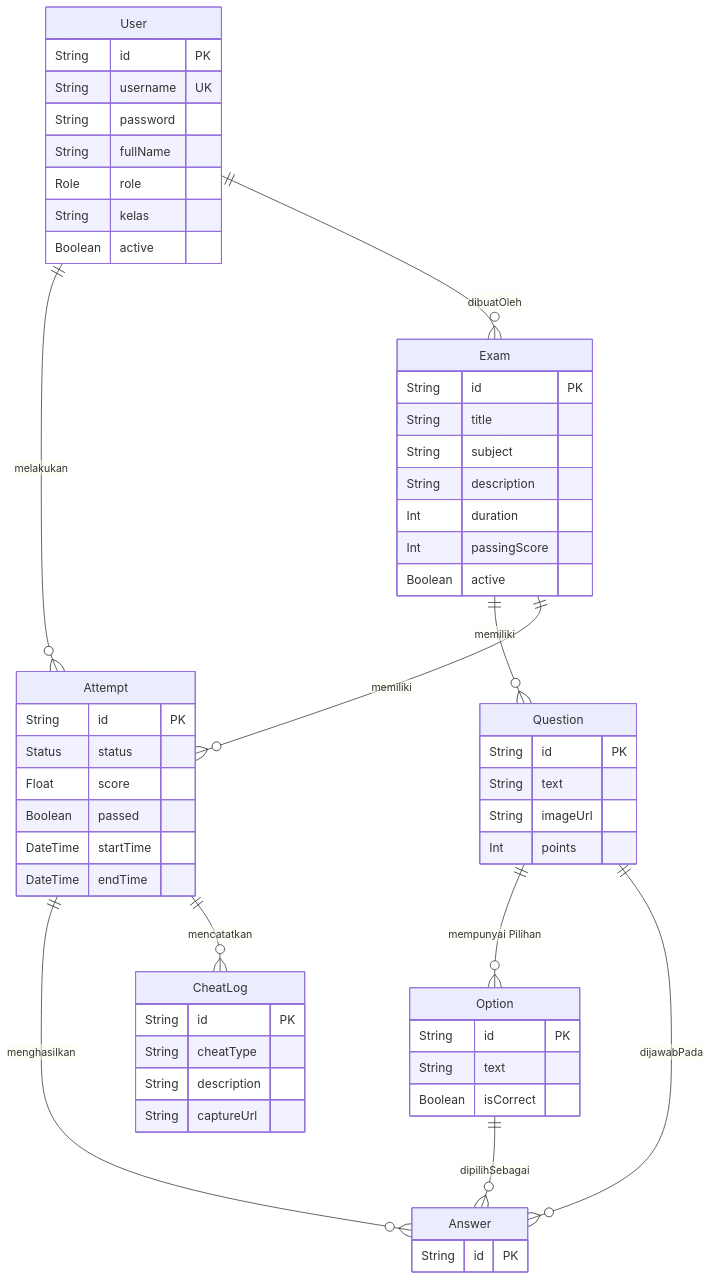
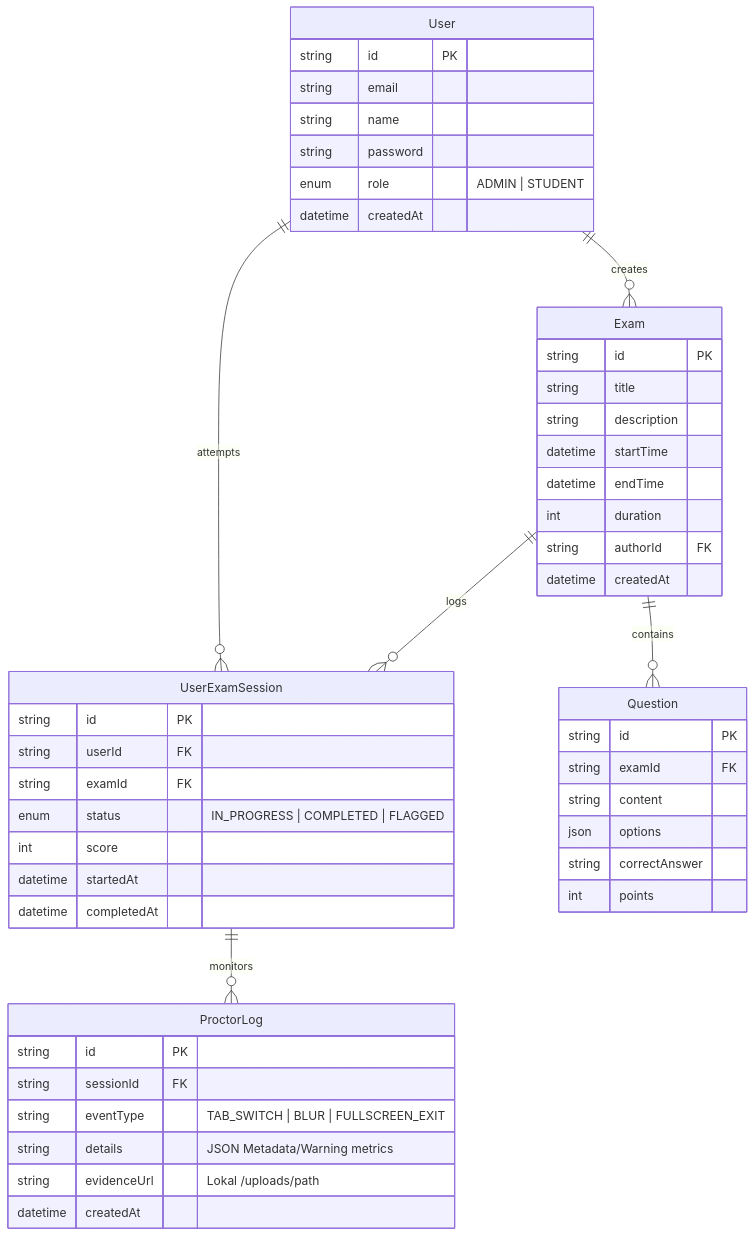
One commit to fk0u/Examinator changed the diagram in docs/3-database-schema.md. Above: the diagram before and after it, drawn with Mermaid. The commit also changed other lines of this file and 26 other files, not shown here.

````diff
--- a/docs/3-database-schema.md
+++ b/docs/3-database-schema.md
@@ -7,69 +11,56 @@
 ```mermaid
 erDiagram
-    User ||--o{ Attempt : "melakukan"
-    User ||--o{ Exam : "dibuatOleh"
-
-    Exam ||--o{ Question : "memiliki"
-    Exam ||--o{ Attempt : "memiliki"
-
-    Question ||--o{ Option : "mempunyai Pilihan"
-    Question ||--o{ Answer : "dijawabPada"
-
-    Attempt ||--o{ Answer : "menghasilkan"
-    Attempt ||--o{ CheatLog : "mencatatkan"
-
-    Option ||--o{ Answer : "dipilihSebagai"
+    User ||--o{ Exam : creates
+    User ||--o{ UserExamSession : attempts
+    Exam ||--o{ Question : contains
+    Exam ||--o{ UserExamSession : logs
+    UserExamSession ||--o{ ProctorLog : monitors
 
     User {
-        String id PK
-        String username UK
-        String password
-        String fullName
-        Role role
-        String kelas
-        Boolean active
+        string id PK
+        string email
+        string name
+        string password
+        enum role "ADMIN | STUDENT"
+        datetime createdAt
     }
 
     Exam {
-        String id PK
-        String title
-        String subject
-        String description
-        Int duration
-        Int passingScore
-        Boolean active
+        string id PK
+        string title
+        string description
+        datetime startTime
+        datetime endTime
+        int duration
+        string authorId FK
+        datetime createdAt
     }
 
     Question {
-        String id PK
-        String text
-        String imageUrl
-        Int points
+        string id PK
+        string examId FK
+        string content
+        json options
+        string correctAnswer
+        int points
     }
 
-    Option {
-        String id PK
-        String text
-        Boolean isCorrect
+    UserExamSession {
+        string id PK
+        string userId FK
+        string examId FK
+        enum status "IN_PROGRESS | COMPLETED | FLAGGED"
+        int score
+        datetime startedAt
+        datetime completedAt
     }
 
-    Attempt {
-        String id PK
-        Status status
-        Float score
-        Boolean passed
-        DateTime startTime
-        DateTime endTime
-    }
-
-    Answer {
-        String id PK
-    }
-
-    CheatLog {
-        String id PK
-        String cheatType
-        String description
-        String captureUrl
+    ProctorLog {
+        string id PK
+        string sessionId FK
+        string eventType "TAB_SWITCH | BLUR | FULLSCREEN_EXIT"
+        string details "JSON Metadata/Warning metrics"
+        string evidenceUrl "Lokal /uploads/path"
+        datetime createdAt
     }
 ```
````
